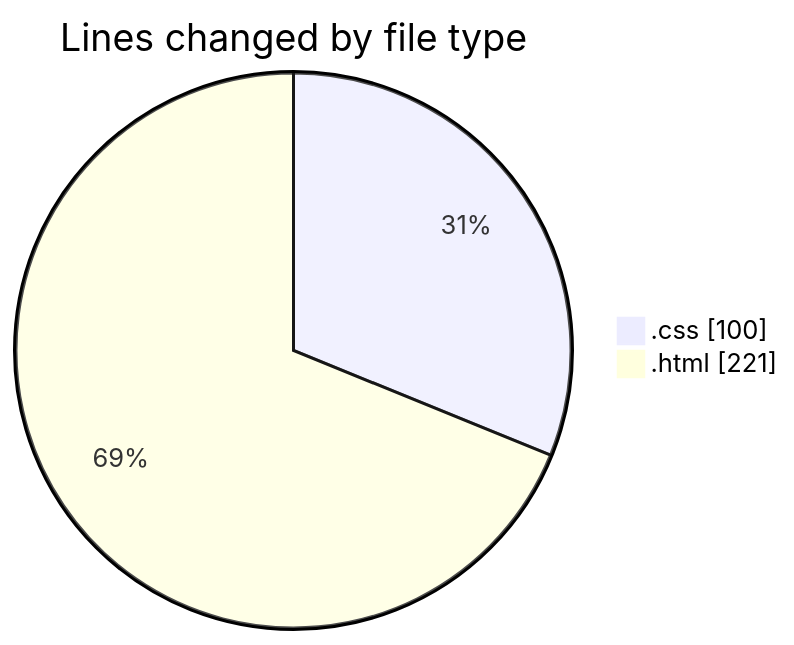
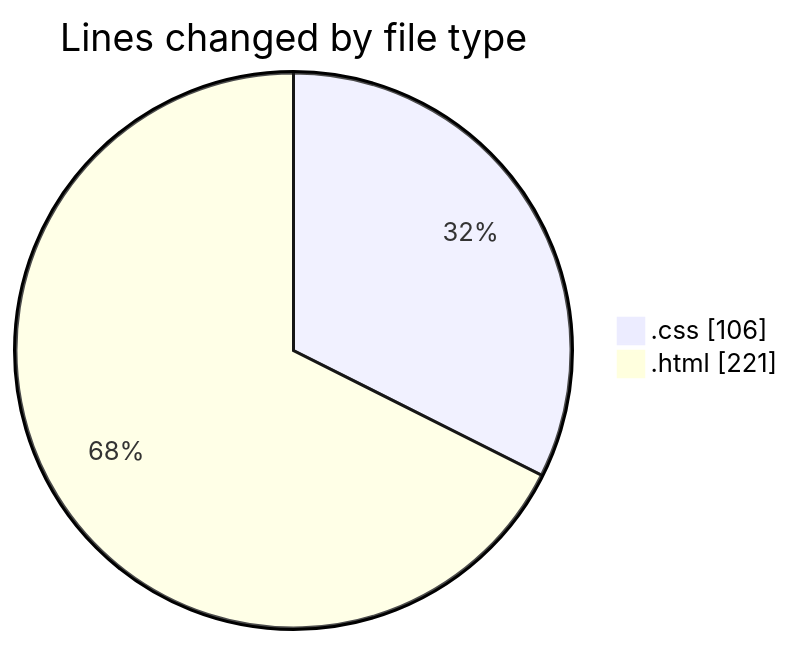
The first of 2 diagrams in 2025-02-04/recipe-page-main/README.md (NitaiMahat/code-tracking), drawn with Mermaid before and after one commit. The commit also changed other lines of this file and 1 other file, not shown here.

````diff
--- a/2025-02-04/recipe-page-main/README.md
+++ b/2025-02-04/recipe-page-main/README.md
@@ -21,6 +21,6 @@
 ```mermaid
 pie showData
 title Lines changed by file type
-".css" : 100
+".css" : 106
 ".html" : 221
 ```
````
